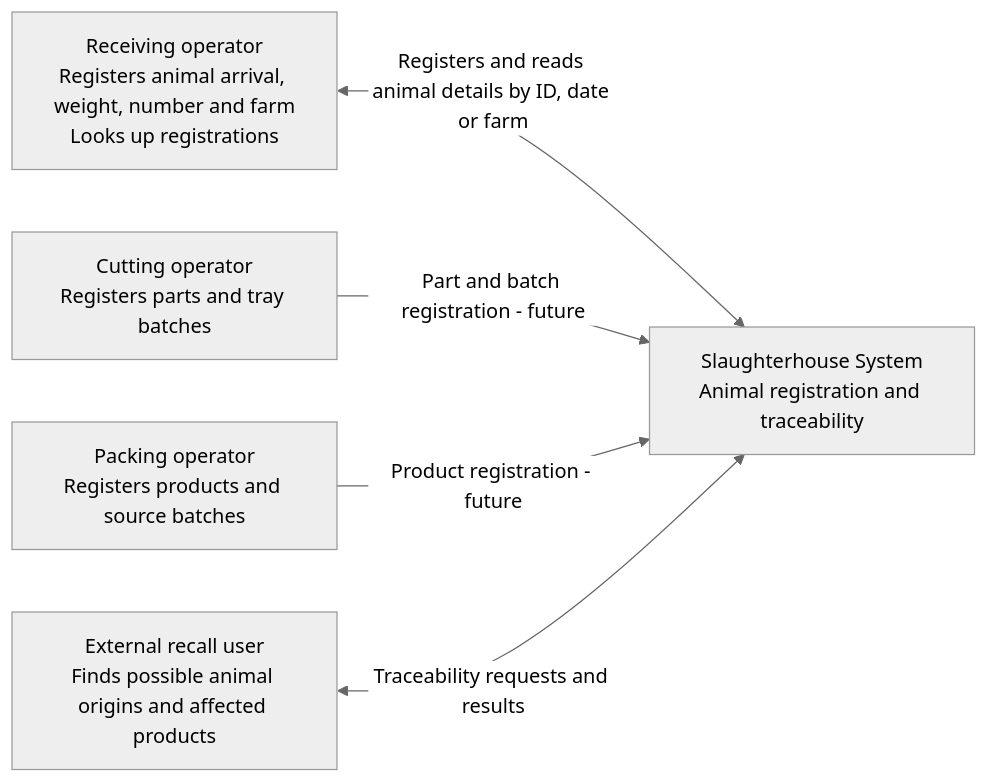
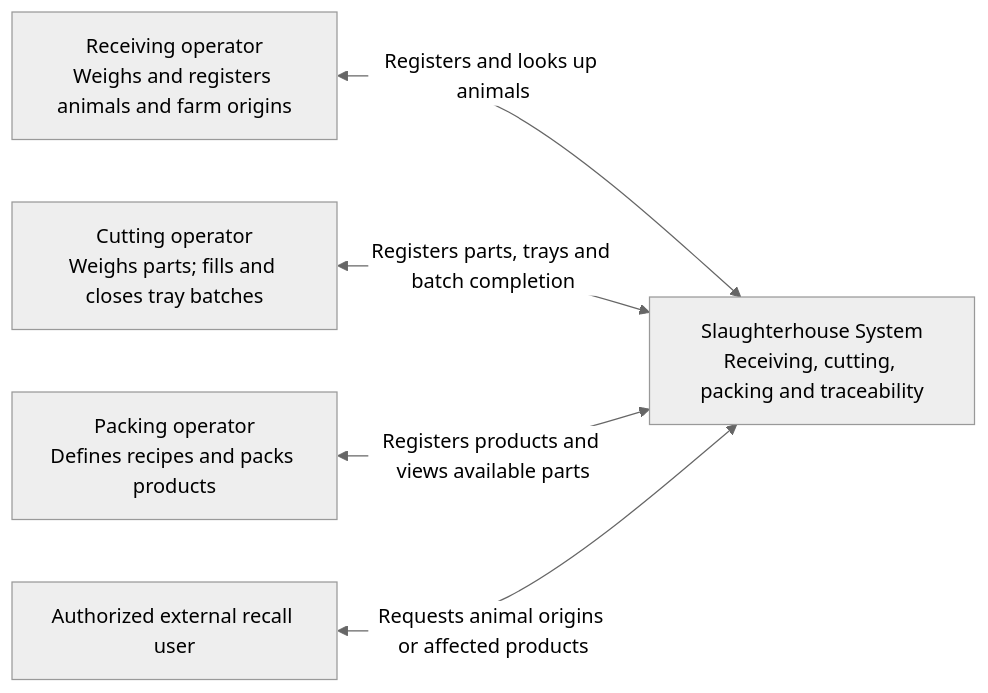
One commit to M0dlyn/PRO3Assignment changed the first of 5 diagrams in docs/architecture.md. Above: the diagram before and after it, drawn with Mermaid (neutral theme). The commit also changed other lines of this file and 27 other files, not shown here.

````diff
--- a/docs/architecture.md
+++ b/docs/architecture.md
@@ -7,12 +7,12 @@
 ```mermaid
 flowchart LR
-    receiving["Receiving operator<br/>Registers animal arrival, weight, number and farm<br/>Looks up registrations"]
-    cutting["Cutting operator<br/>Registers parts and tray batches"]
-    packing["Packing operator<br/>Registers products and source batches"]
-    external["External recall user<br/>Finds possible animal origins and affected products"]
-    system["Slaughterhouse System<br/>Animal registration and traceability"]
-    receiving <-->|Registers and reads animal details by ID, date or farm| system
-    cutting -->|Part and batch registration - future| system
-    packing -->|Product registration - future| system
-    external <-->|Traceability requests and results| system
+    receiving["Receiving operator<br/>Weighs and registers animals and farm origins"]
+    cutting["Cutting operator<br/>Weighs parts; fills and closes tray batches"]
+    packing["Packing operator<br/>Defines recipes and packs products"]
+    recall["Authorized external recall user"]
+    system["Slaughterhouse System<br/>Receiving, cutting, packing and traceability"]
+    receiving <-->|Registers and looks up animals| system
+    cutting <-->|Registers parts, trays and batch completion| system
+    packing <-->|Registers products and views available parts| system
+    recall <-->|Requests animal origins or affected products| system
 ```
````
